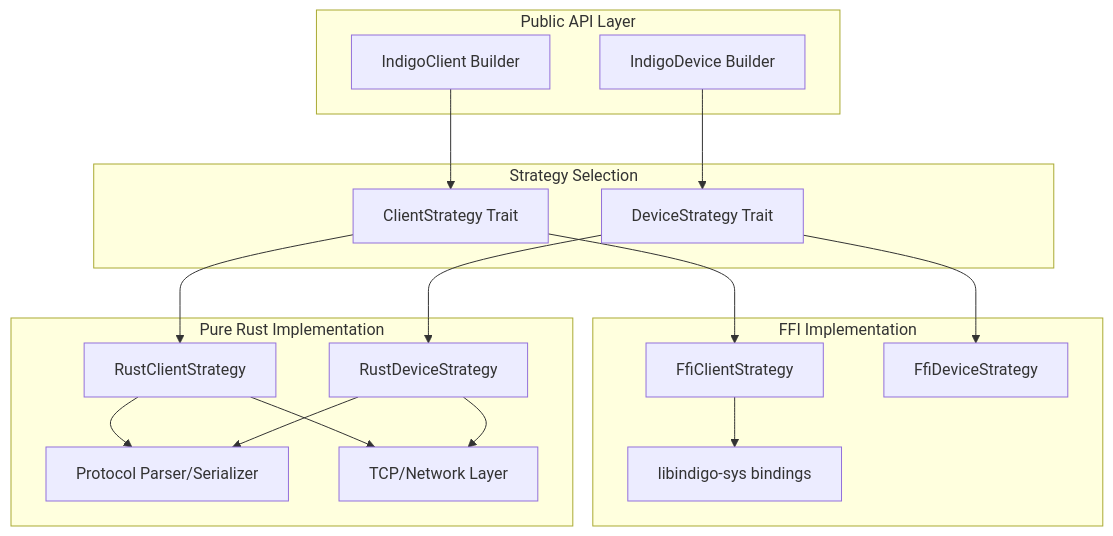
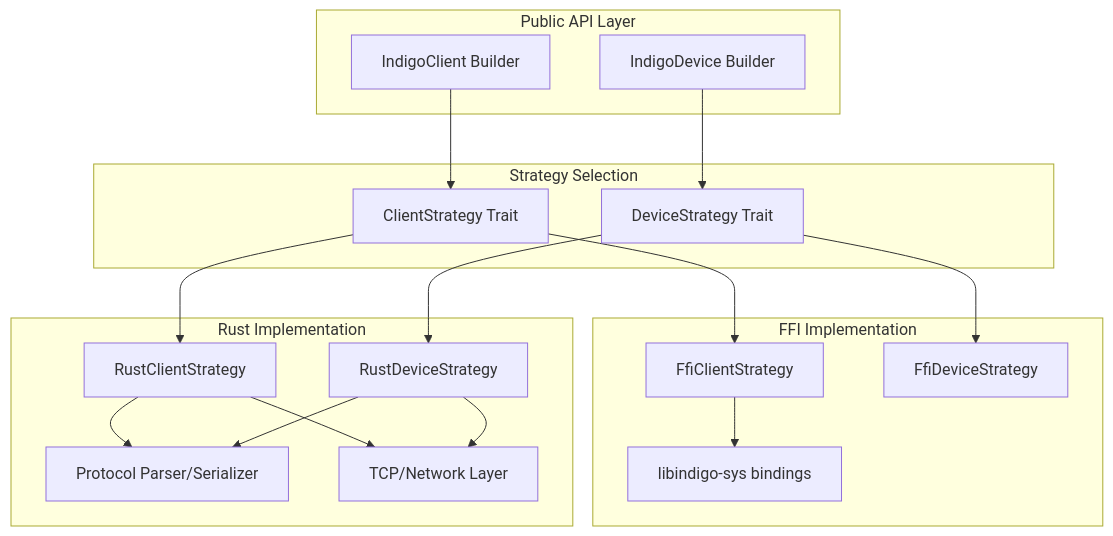
The second of 2 diagrams in plans/code-review-and-architecture.md (chrsoo/libindigo-rs), drawn with Mermaid before and after one commit. The commit also changed other lines of this file and 12 other files, not shown here.

First line of the commit message:
Update project configuration and dependencies for pure Rust strategy

````diff
--- a/plans/code-review-and-architecture.md
+++ b/plans/code-review-and-architecture.md
@@ -145,37 +159,37 @@
 ```mermaid
 graph TB
     subgraph "Public API Layer"
         A[IndigoClient Builder]
         B[IndigoDevice Builder]
     end
 
     subgraph "Strategy Selection"
         C[ClientStrategy Trait]
         D[DeviceStrategy Trait]
     end
 
     subgraph "FFI Implementation"
         E[FfiClientStrategy]
         F[FfiDeviceStrategy]
         G[libindigo-sys bindings]
     end
 
-    subgraph "Pure Rust Implementation"
+    subgraph "Rust Implementation"
         H[RustClientStrategy]
         I[RustDeviceStrategy]
         J[Protocol Parser/Serializer]
         K[TCP/Network Layer]
     end
 
     A --> C
     B --> D
     C --> E
     C --> H
     D --> F
     D --> I
     E --> G
     H --> J
     H --> K
     I --> J
     I --> K
 ```
````
